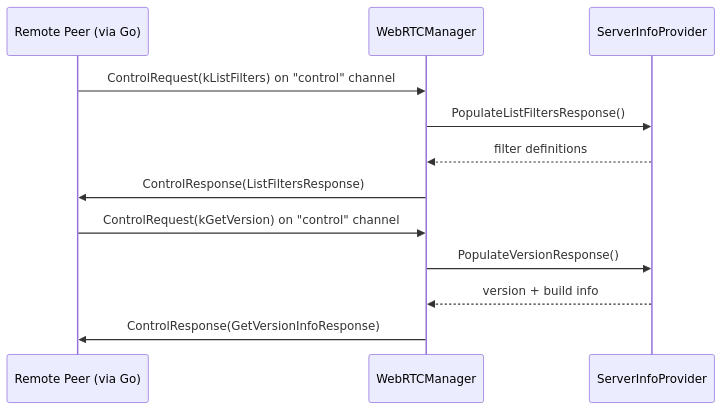
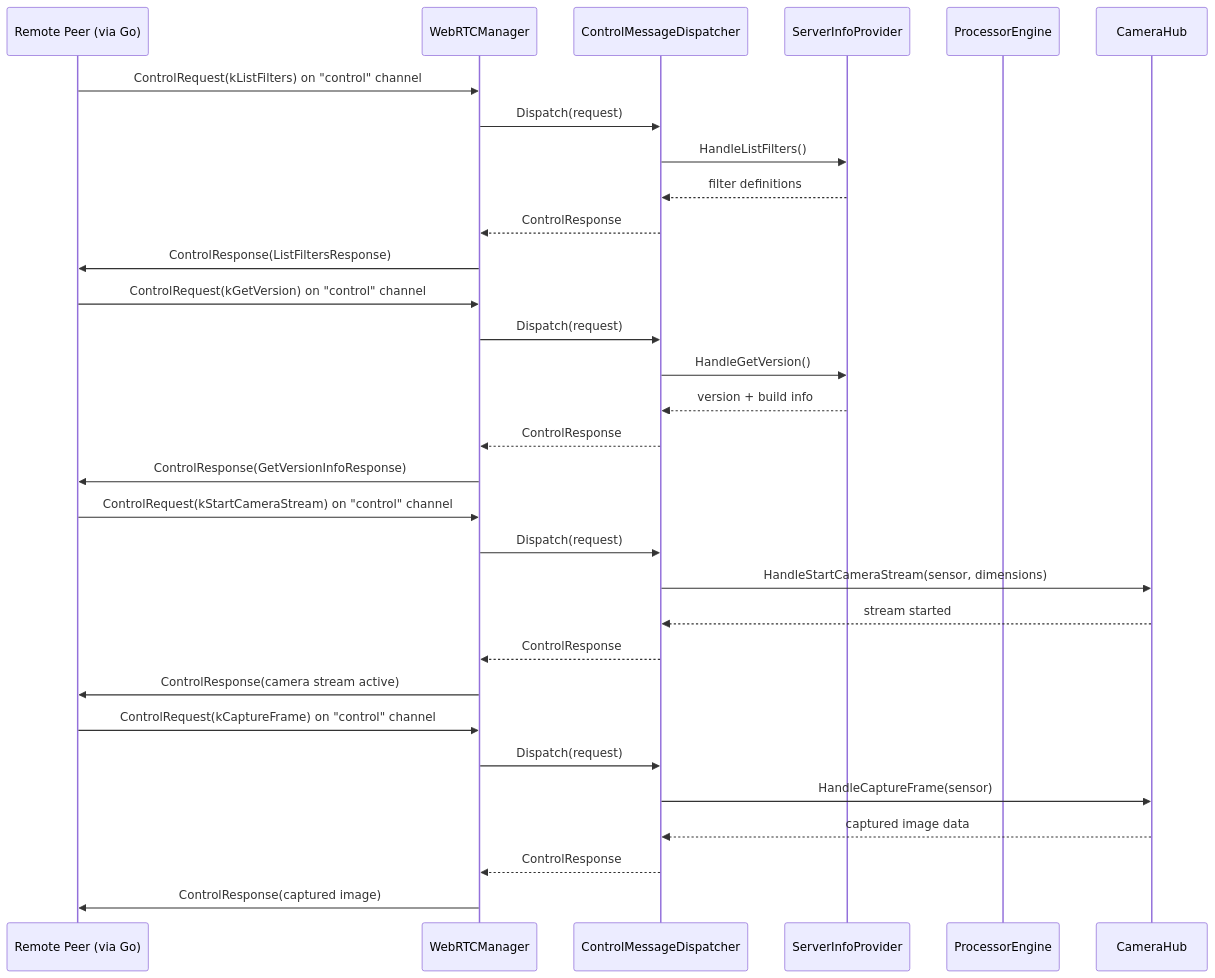
One commit to josnelihurt/learning-cuda changed the sixth of 6 diagrams in src/cpp_accelerator/README.md. Above: the diagram before and after it, drawn with Mermaid. The commit also changed other lines of this file, not shown here.

````diff
--- a/src/cpp_accelerator/README.md
+++ b/src/cpp_accelerator/README.md
@@ -314,16 +341,37 @@
 ```mermaid
 sequenceDiagram
     participant Peer as Remote Peer (via Go)
     participant WRTC as WebRTCManager
+    participant Disp as ControlMessageDispatcher
     participant Info as ServerInfoProvider
+    participant Engine as ProcessorEngine
+    participant CamHub as CameraHub
 
     Peer->>WRTC: ControlRequest(kListFilters) on "control" channel
-    WRTC->>Info: PopulateListFiltersResponse()
-    Info-->>WRTC: filter definitions
+    WRTC->>Disp: Dispatch(request)
+    Disp->>Info: HandleListFilters()
+    Info-->>Disp: filter definitions
+    Disp-->>WRTC: ControlResponse
     WRTC->>Peer: ControlResponse(ListFiltersResponse)
 
     Peer->>WRTC: ControlRequest(kGetVersion) on "control" channel
-    WRTC->>Info: PopulateVersionResponse()
-    Info-->>WRTC: version + build info
+    WRTC->>Disp: Dispatch(request)
+    Disp->>Info: HandleGetVersion()
+    Info-->>Disp: version + build info
+    Disp-->>WRTC: ControlResponse
     WRTC->>Peer: ControlResponse(GetVersionInfoResponse)
+
+    Peer->>WRTC: ControlRequest(kStartCameraStream) on "control" channel
+    WRTC->>Disp: Dispatch(request)
+    Disp->>CamHub: HandleStartCameraStream(sensor, dimensions)
+    CamHub-->>Disp: stream started
+    Disp-->>WRTC: ControlResponse
+    WRTC->>Peer: ControlResponse(camera stream active)
+
+    Peer->>WRTC: ControlRequest(kCaptureFrame) on "control" channel
+    WRTC->>Disp: Dispatch(request)
+    Disp->>CamHub: HandleCaptureFrame(sensor)
+    CamHub-->>Disp: captured image data
+    Disp-->>WRTC: ControlResponse
+    WRTC->>Peer: ControlResponse(captured image)
 ```
````
